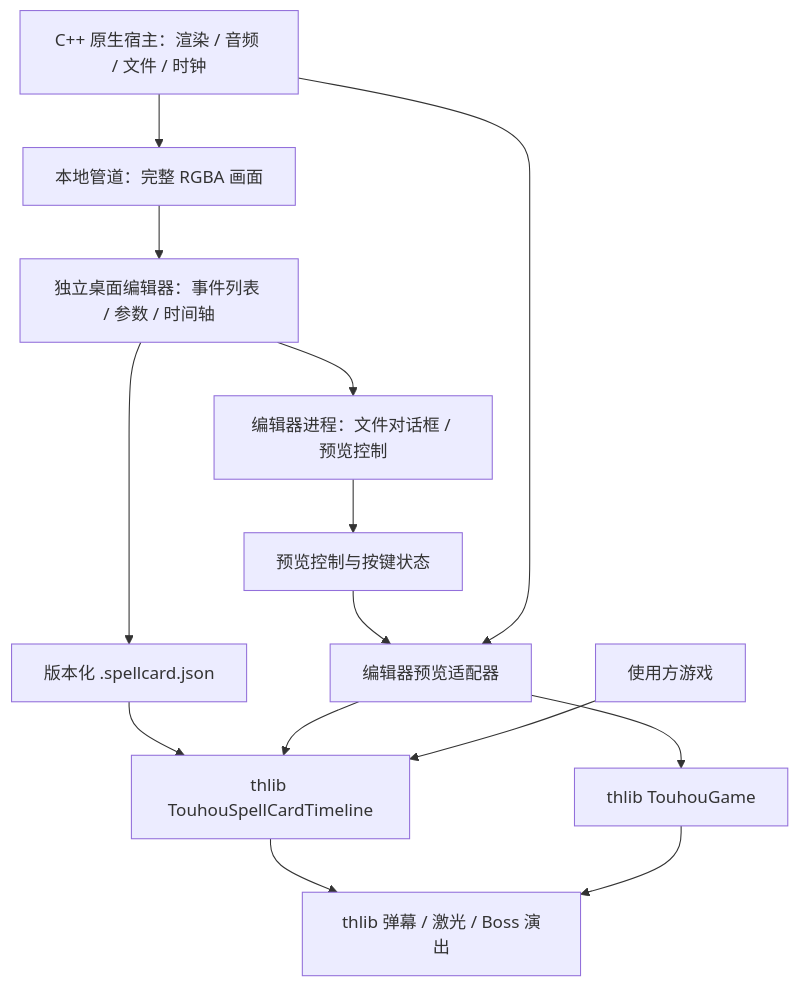
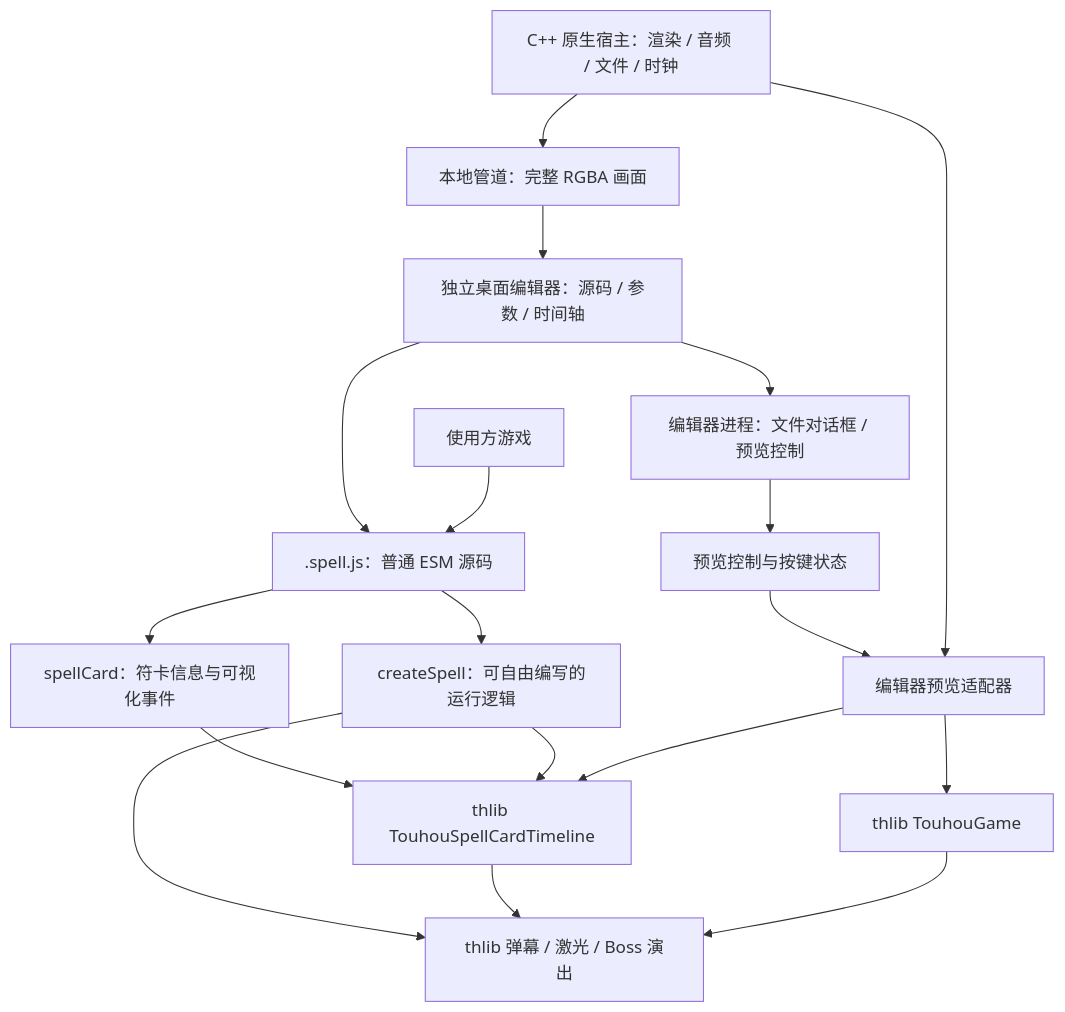
One commit to Oracatt/TS-STG changed the diagram in docs/spellcard-editor.md. Above: the diagram before and after it, drawn with Mermaid. The commit also changed other lines of this file and 15 other files, not shown here.

````diff
--- a/docs/spellcard-editor.md
+++ b/docs/spellcard-editor.md
@@ -23,16 +29,20 @@
 ```mermaid
 flowchart TD
-  UI[独立桌面编辑器：事件列表 / 参数 / 时间轴] --> Data[版本化 .spellcard.json]
+  UI[独立桌面编辑器：源码 / 参数 / 时间轴] --> Source[.spell.js：普通 ESM 源码]
+  Source --> Metadata[spellCard：符卡信息与可视化事件]
+  Source --> Factory[createSpell：可自由编写的运行逻辑]
   UI --> Bridge[编辑器进程：文件对话框 / 预览控制]
   Bridge --> Control[预览控制与按键状态]
   Control --> Adapter[编辑器预览适配器]
   Host[C++ 原生宿主：渲染 / 音频 / 文件 / 时钟] --> Adapter
   Host --> Pixels[本地管道：完整 RGBA 画面]
   Pixels --> UI
-  Data --> Timeline[thlib TouhouSpellCardTimeline]
+  Metadata --> Timeline[thlib TouhouSpellCardTimeline]
+  Factory --> Timeline
+  Factory --> Fields
   Adapter --> Timeline
   Adapter --> Game[thlib TouhouGame]
   Timeline --> Fields[thlib 弹幕 / 激光 / Boss 演出]
   Game --> Fields
-  Consumer[使用方游戏] --> Timeline
+  Consumer[使用方游戏] --> Source
 ```
````
